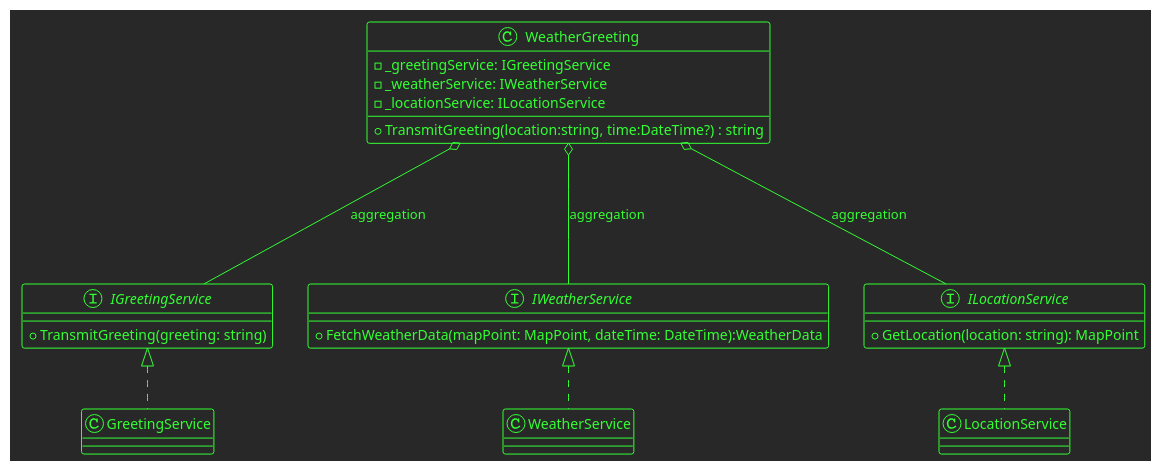
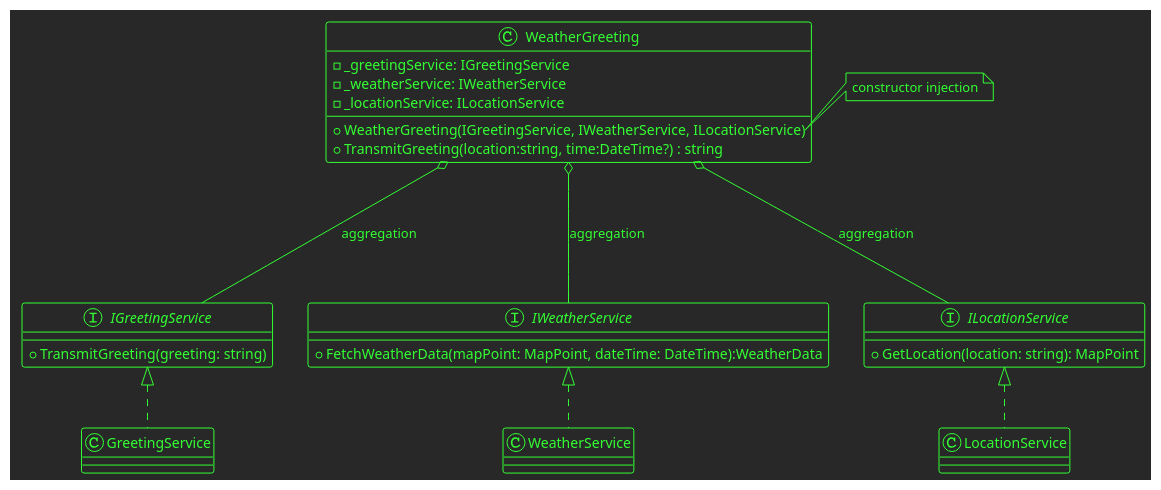
The diagram in WeatherGreeting/WeatherGreeting/WeatherGreeting.puml (d-german/weather-greeting), drawn with PlantUML before and after one commit.

Commit message:
made some changes

```diff
--- a/WeatherGreeting/WeatherGreeting/WeatherGreeting.puml
+++ b/WeatherGreeting/WeatherGreeting/WeatherGreeting.puml
@@ -1,30 +1,35 @@
 @startuml
 !theme crt-green
 
 class WeatherGreeting {
     - _greetingService: IGreetingService
     - _weatherService: IWeatherService
     - _locationService: ILocationService
+    + WeatherGreeting(IGreetingService, IWeatherService, ILocationService)
     + TransmitGreeting(location:string, time:DateTime?) : string
 }
+
+note right of WeatherGreeting::WeatherGreeting
+constructor injection
+end note
 
 interface IGreetingService {
 + TransmitGreeting(greeting: string)
 }
 
 interface IWeatherService {
 + FetchWeatherData(mapPoint: MapPoint, dateTime: DateTime):WeatherData
 }
 
 interface ILocationService {
 + GetLocation(location: string): MapPoint
 }
 
 WeatherGreeting o--- IGreetingService : aggregation
 WeatherGreeting o--- IWeatherService : aggregation
 WeatherGreeting o--- ILocationService : aggregation
 
 class GreetingService implements IGreetingService
 class WeatherService implements IWeatherService
 class LocationService implements ILocationService
 @enduml
```
